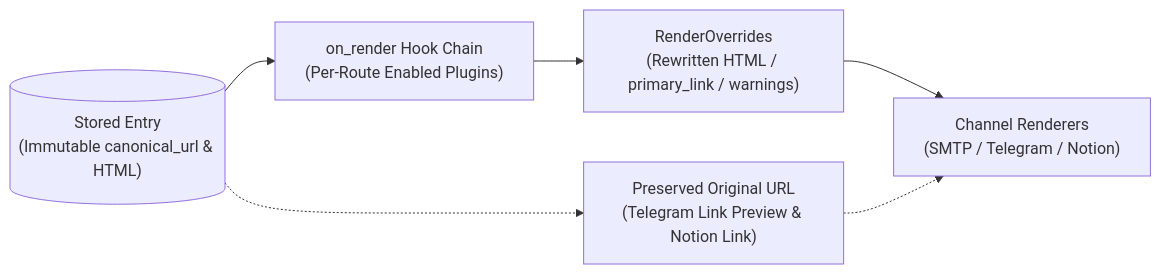
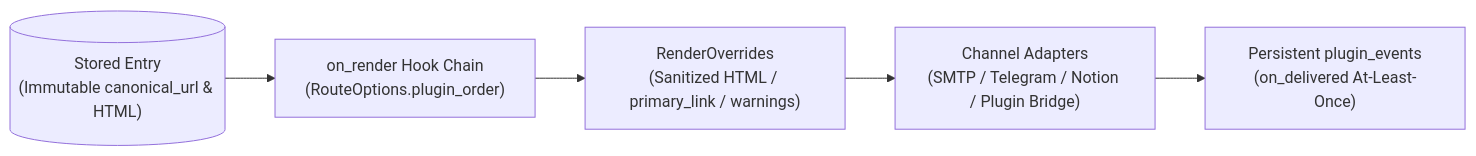
Before and after one commit to ElleryHe/FeedCourier: the diagram in docs/plugins/index.md, drawn with Mermaid. The commit also changed other lines of this file and 20 other files, not shown here.

````diff
--- a/docs/plugins/index.md
+++ b/docs/plugins/index.md
@@ -9,8 +9,7 @@
 ```mermaid
 flowchart LR
-    Entry[("Stored Entry\n(Immutable canonical_url & HTML)")] --> Hook["on_render Hook Chain\n(Per-Route Enabled Plugins)"]
-    Hook --> Overrides["RenderOverrides\n(Rewritten HTML / primary_link / warnings)"]
-    Overrides --> Channels["Channel Renderers\n(SMTP / Telegram / Notion)"]
-    Entry -.-> Preserve["Preserved Original URL\n(Telegram Link Preview & Notion Link)"]
-    Preserve -.-> Channels
+    Entry[("Stored Entry\n(Immutable canonical_url & HTML)")] --> Hook["on_render Hook Chain\n(RouteOptions.plugin_order)"]
+    Hook --> Overrides["RenderOverrides\n(Sanitized HTML / primary_link / warnings)"]
+    Overrides --> Channels["Channel Adapters\n(SMTP / Telegram / Notion / Plugin Bridge)"]
+    Channels --> Delivered["Persistent plugin_events\n(on_delivered At-Least-Once)"]
 ```
````
